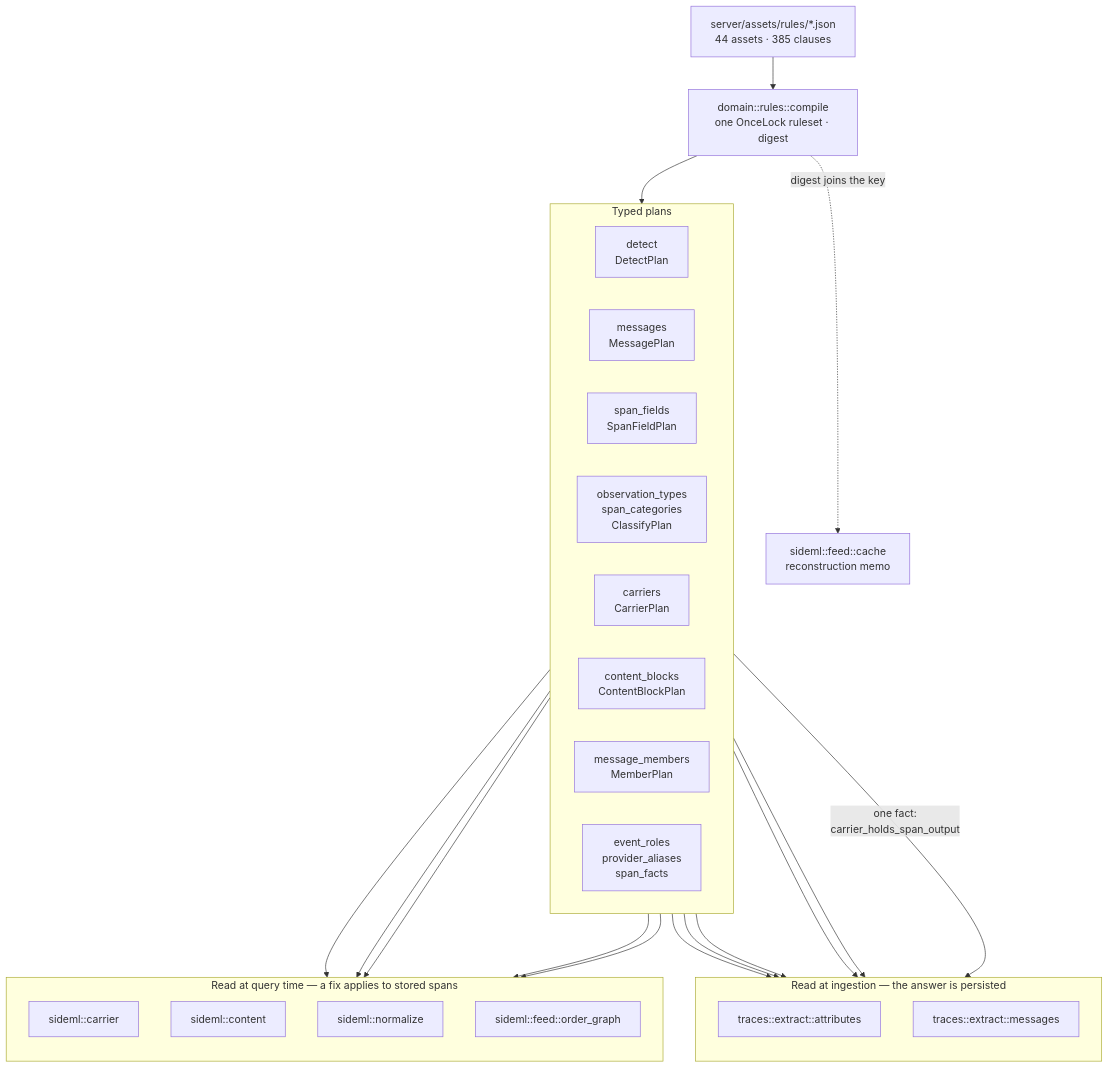
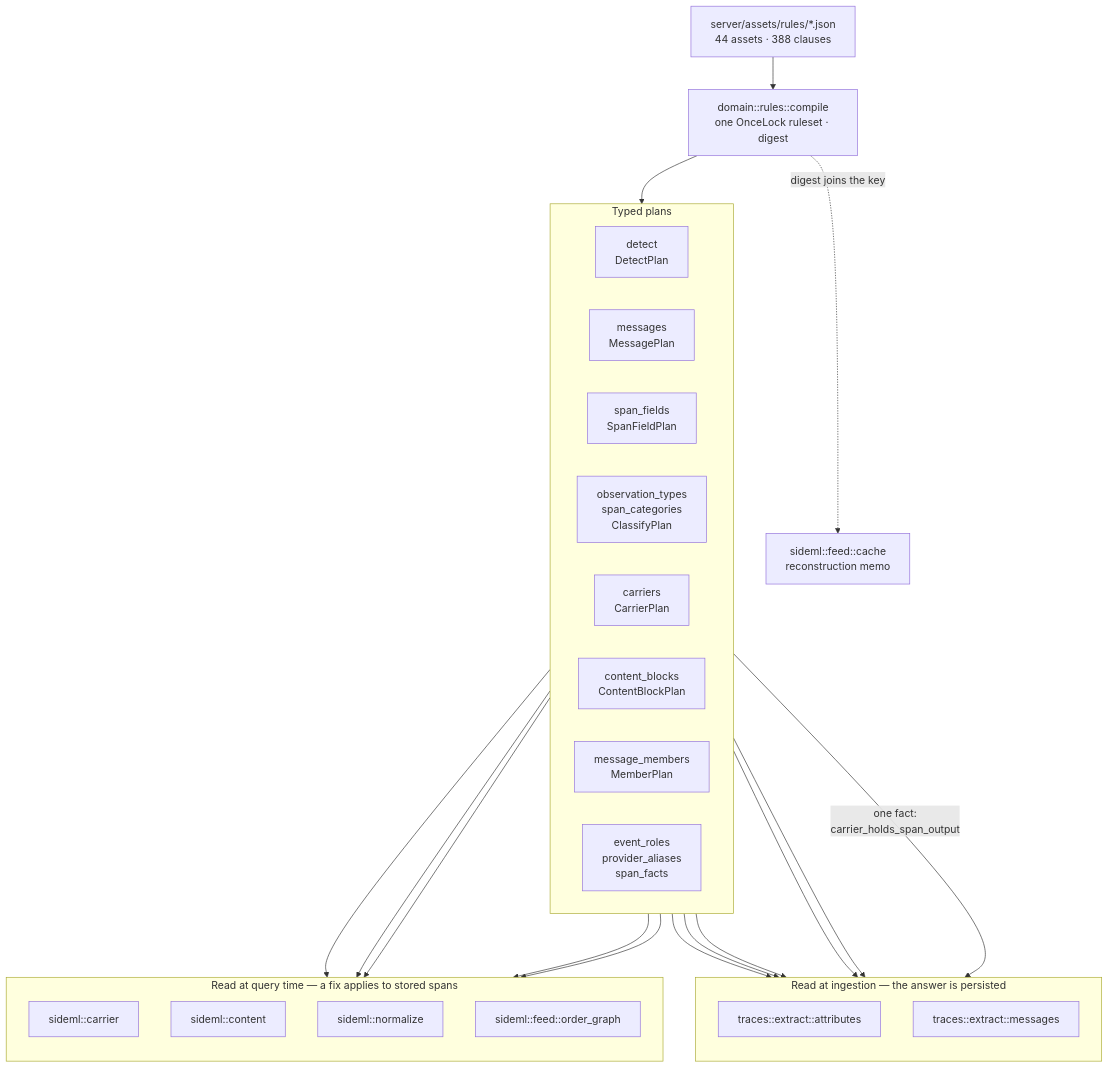
One commit to sideseat/sideseat changed the first of 7 diagrams in docs/engineering/architecture-diagrams.md. Above: the diagram before and after it, drawn with Mermaid. The commit also changed 4 other files, not shown here.

````diff
--- a/docs/engineering/architecture-diagrams.md
+++ b/docs/engineering/architecture-diagrams.md
@@ -18,47 +18,47 @@
 ```mermaid
 flowchart TB
-    assets["server/assets/rules/*.json<br/>44 assets · 385 clauses"]
+    assets["server/assets/rules/*.json<br/>44 assets · 388 clauses"]
     compile["domain::rules::compile<br/>one OnceLock ruleset · digest"]
     assets --> compile
 
     subgraph plans["Typed plans"]
         direction LR
         detect["detect<br/>DetectPlan"]
         messages["messages<br/>MessagePlan"]
         fields["span_fields<br/>SpanFieldPlan"]
         classify["observation_types<br/>span_categories<br/>ClassifyPlan"]
         carriers["carriers<br/>CarrierPlan"]
         blocks["content_blocks<br/>ContentBlockPlan"]
         members["message_members<br/>MemberPlan"]
         roles["event_roles<br/>provider_aliases<br/>span_facts"]
     end
     compile --> plans
 
     subgraph ingest["Read at ingestion — the answer is persisted"]
         direction TB
         attrs["traces::extract::attributes"]
         msgs["traces::extract::messages"]
     end
 
     subgraph query["Read at query time — a fix applies to stored spans"]
         direction TB
         carrier["sideml::carrier"]
         content["sideml::content"]
         normalize["sideml::normalize"]
         order["sideml::feed::order_graph"]
     end
 
     detect --> attrs
     fields --> attrs
     classify --> attrs
     roles --> attrs
     messages --> msgs
     carriers -->|"one fact:<br/>carrier_holds_span_output"| msgs
     carriers --> carrier
     carriers --> order
     blocks --> content
     members --> content
     roles --> normalize
 
     compile -. "digest joins the key" .-> cache["sideml::feed::cache<br/>reconstruction memo"]
 ```
````
